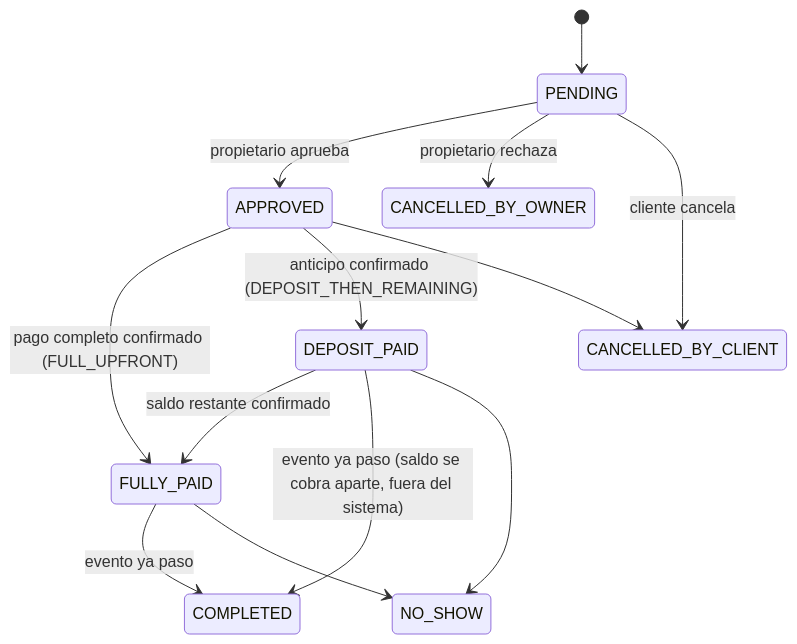
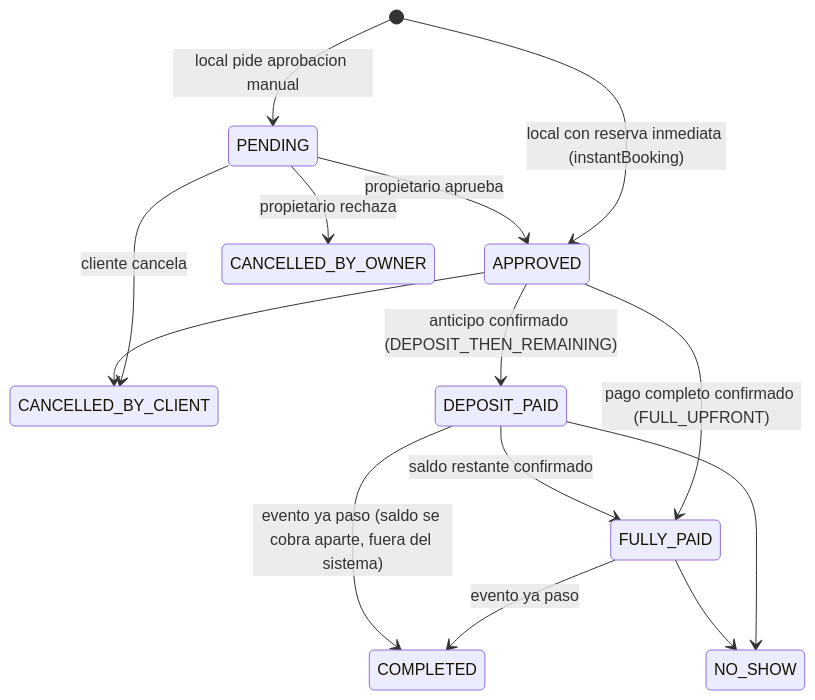
Before and after one commit to Jhoshoa/salon-facil: the second of 3 diagrams in docs/booking/pricing-and-payments.md, drawn with Mermaid. The commit also changed other lines of this file and 1 other file, not shown here.

First line of the commit message:
docs(pricing): suma reserva inmediata y modo cotizar al plan

````diff
--- a/docs/booking/pricing-and-payments.md
+++ b/docs/booking/pricing-and-payments.md
@@ -164,18 +209,19 @@
 ```mermaid
 stateDiagram-v2
-    [*] --> PENDING
+    [*] --> PENDING: local pide aprobacion manual
+    [*] --> APPROVED: local con reserva inmediata (instantBooking)
     PENDING --> APPROVED: propietario aprueba
     PENDING --> CANCELLED_BY_OWNER: propietario rechaza
     PENDING --> CANCELLED_BY_CLIENT: cliente cancela
 
     APPROVED --> FULLY_PAID: pago completo confirmado (FULL_UPFRONT)
     APPROVED --> DEPOSIT_PAID: anticipo confirmado (DEPOSIT_THEN_REMAINING)
     DEPOSIT_PAID --> FULLY_PAID: saldo restante confirmado
 
     FULLY_PAID --> COMPLETED: evento ya paso
     DEPOSIT_PAID --> COMPLETED: evento ya paso (saldo se cobra aparte, fuera del sistema)
 
     APPROVED --> CANCELLED_BY_CLIENT
     DEPOSIT_PAID --> NO_SHOW
     FULLY_PAID --> NO_SHOW
 ```
````
